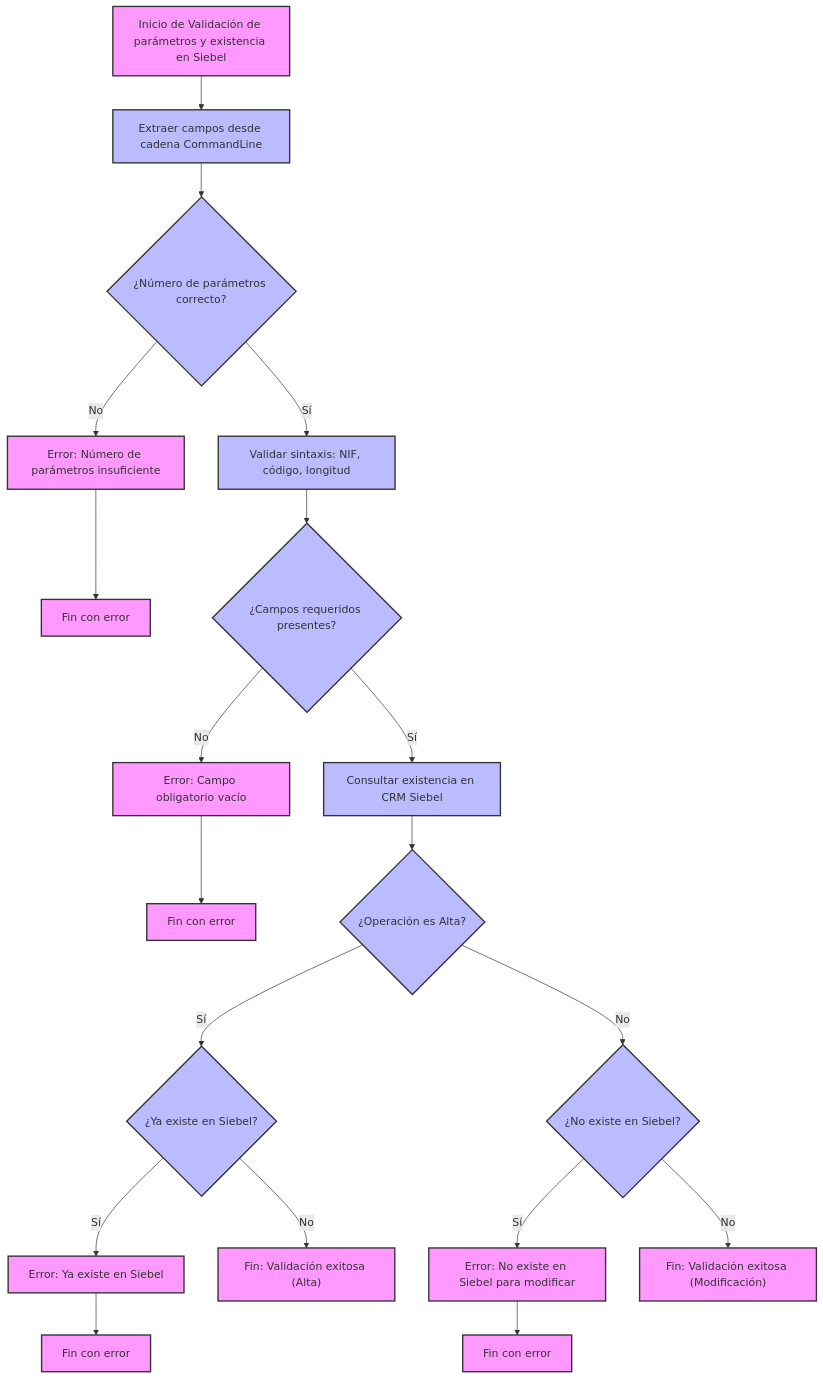
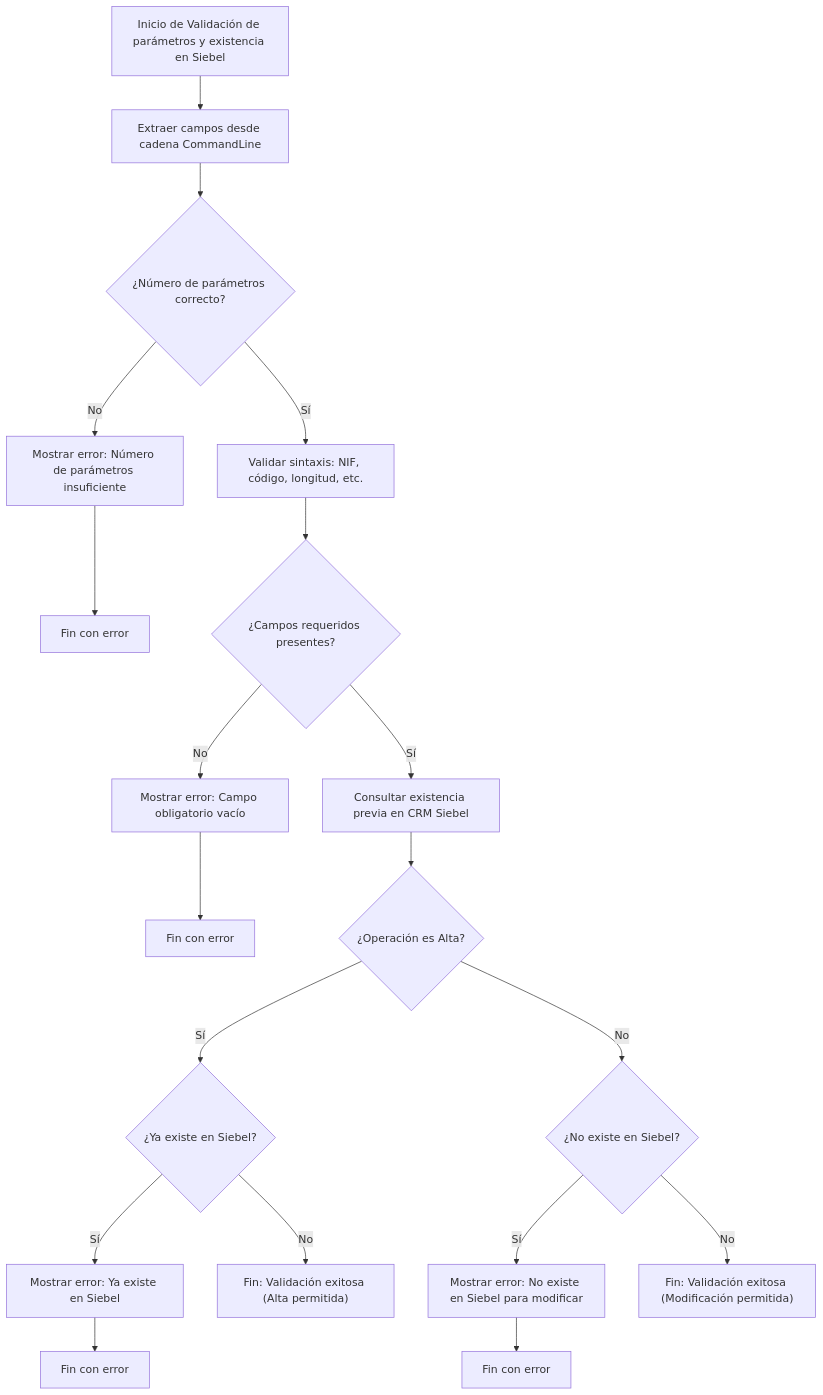
One commit to pepices/PBLEntradaUnica changed the diagram in readmeValidarParametros.md. Above: the diagram before and after it, drawn with Mermaid.

Commit message:
Update Mermaid diagram text formatting

````diff
--- a/readmeValidarParametros.md
+++ b/readmeValidarParametros.md
@@ -9,30 +9,25 @@
 ```mermaid
 flowchart TD
-    Start["Inicio de Validación de parámetros y existencia en Siebel"] --> ParseParams["Extraer campos desde cadena CommandLine"]
+    Start["Inicio de Validación de parámetros y existencia en Siebel"]
+    Start --> ParseParams["Extraer campos desde cadena CommandLine"]
     ParseParams --> CheckCount{"¿Número de parámetros correcto?"}
-    CheckCount -- No --> ErrorCount["Error: Número de parámetros insuficiente"]
+    CheckCount -- No --> ErrorCount["Mostrar error: Número de parámetros insuficiente"]
     ErrorCount --> EndErr1["Fin con error"]
 
-    CheckCount -- Sí --> ValidateSyntax["Validar sintaxis: NIF, código, longitud"]
+    CheckCount -- Sí --> ValidateSyntax["Validar sintaxis: NIF, código, longitud, etc."]
     ValidateSyntax --> CheckFields{"¿Campos requeridos presentes?"}
-    CheckFields -- No --> ErrorFields["Error: Campo obligatorio vacío"]
+    CheckFields -- No --> ErrorFields["Mostrar error: Campo obligatorio vacío"]
     ErrorFields --> EndErr2["Fin con error"]
 
-    CheckFields -- Sí --> CheckSiebel["Consultar existencia en CRM Siebel"]
+    CheckFields -- Sí --> CheckSiebel["Consultar existencia previa en CRM Siebel"]
     CheckSiebel --> IsAlta{"¿Operación es Alta?"}
     IsAlta -- Sí --> ExistsAlta{"¿Ya existe en Siebel?"}
-    ExistsAlta -- Sí --> ErrorAlta["Error: Ya existe en Siebel"]
+    ExistsAlta -- Sí --> ErrorAlta["Mostrar error: Ya existe en Siebel"]
     ErrorAlta --> EndErr3["Fin con error"]
-    ExistsAlta -- No --> EndOk1["Fin: Validación exitosa (Alta)"]
+    ExistsAlta -- No --> EndOk1["Fin: Validación exitosa (Alta permitida)"]
 
     IsAlta -- No --> ExistsMod{"¿No existe en Siebel?"}
-    ExistsMod -- Sí --> ErrorMod["Error: No existe en Siebel para modificar"]
+    ExistsMod -- Sí --> ErrorMod["Mostrar error: No existe en Siebel para modificar"]
     ErrorMod --> EndErr4["Fin con error"]
-    ExistsMod -- No --> EndOk2["Fin: Validación exitosa (Modificación)"]
-
-    %% Estilo de cajas
-    classDef default fill:#f9f,stroke:#333,stroke-width:2px;
-    classDef validation fill:#bbf,stroke:#333,stroke-width:2px;
-    class Start,EndErr1,EndErr2,EndErr3,EndErr4,EndOk1,EndOk2 default;
-    class ParseParams,CheckCount,ValidateSyntax,CheckFields,CheckSiebel,IsAlta,ExistsAlta,ExistsMod validation;
+    ExistsMod -- No --> EndOk2["Fin: Validación exitosa (Modificación permitida)"]
 ```
````
